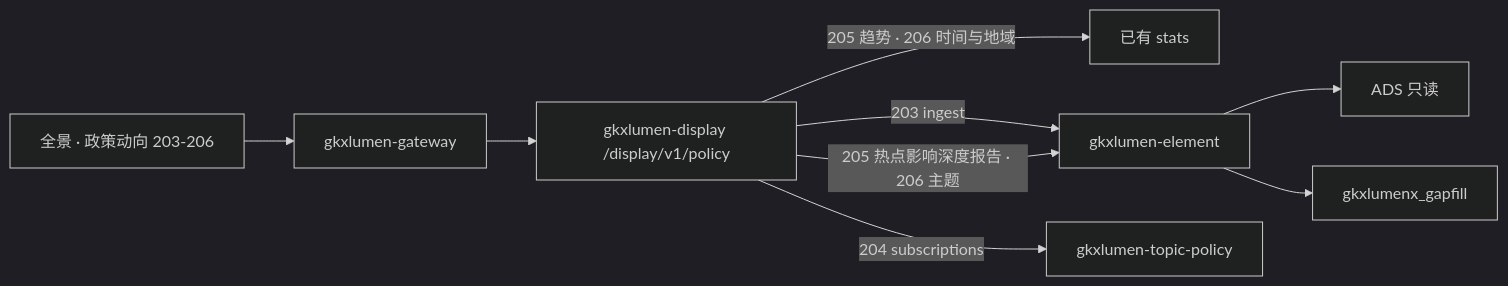
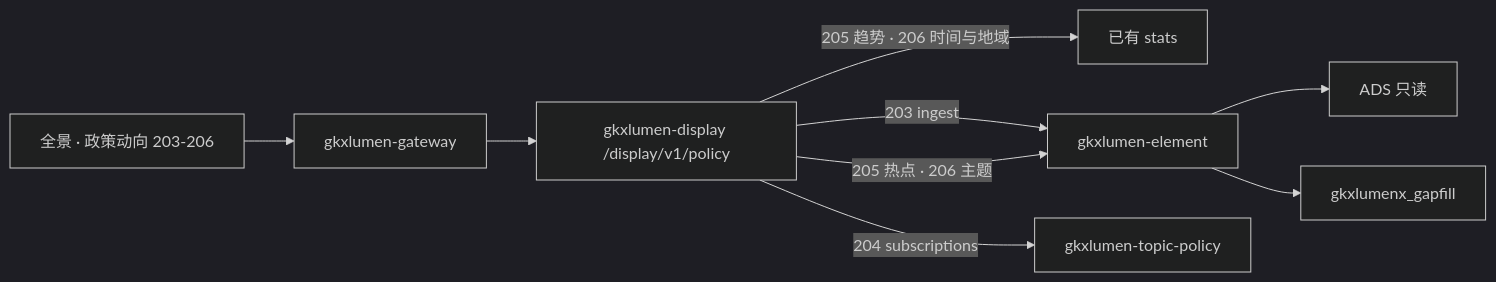
Before and after one commit to Marisolebxf/-: the first of 2 diagrams in agent-delivery/agent-handoffs/科技政策跟踪-POL/sdd/l2/POL-L2-DS10-TREND-ARCH.md, drawn with Mermaid (dark theme). The commit also changed other lines of this file and 10 other files, not shown here.

````diff
--- a/agent-delivery/agent-handoffs/科技政策跟踪-POL/sdd/l2/POL-L2-DS10-TREND-ARCH.md
+++ b/agent-delivery/agent-handoffs/科技政策跟踪-POL/sdd/l2/POL-L2-DS10-TREND-ARCH.md
@@ -44,15 +44,15 @@
 ```mermaid
 flowchart LR
   fe["全景 · 政策动向 203-206"]
   gw["gkxlumen-gateway"]
   bff["gkxlumen-display /display/v1/policy"]
   stats["已有 stats"]
   el["gkxlumen-element"]
   ads["ADS 只读"]
   gap["gkxlumenx_gapfill"]
   fe --> gw --> bff
   bff -->|"205 趋势 · 206 时间与地域"| stats
   bff -->|"203 ingest"| el --> ads
-  bff -->|"205 热点影响深度报告 · 206 主题"| el --> gap
+  bff -->|"205 热点 · 206 主题"| el --> gap
   bff -->|"204 subscriptions"| tp["gkxlumen-topic-policy"]
 ```
````
